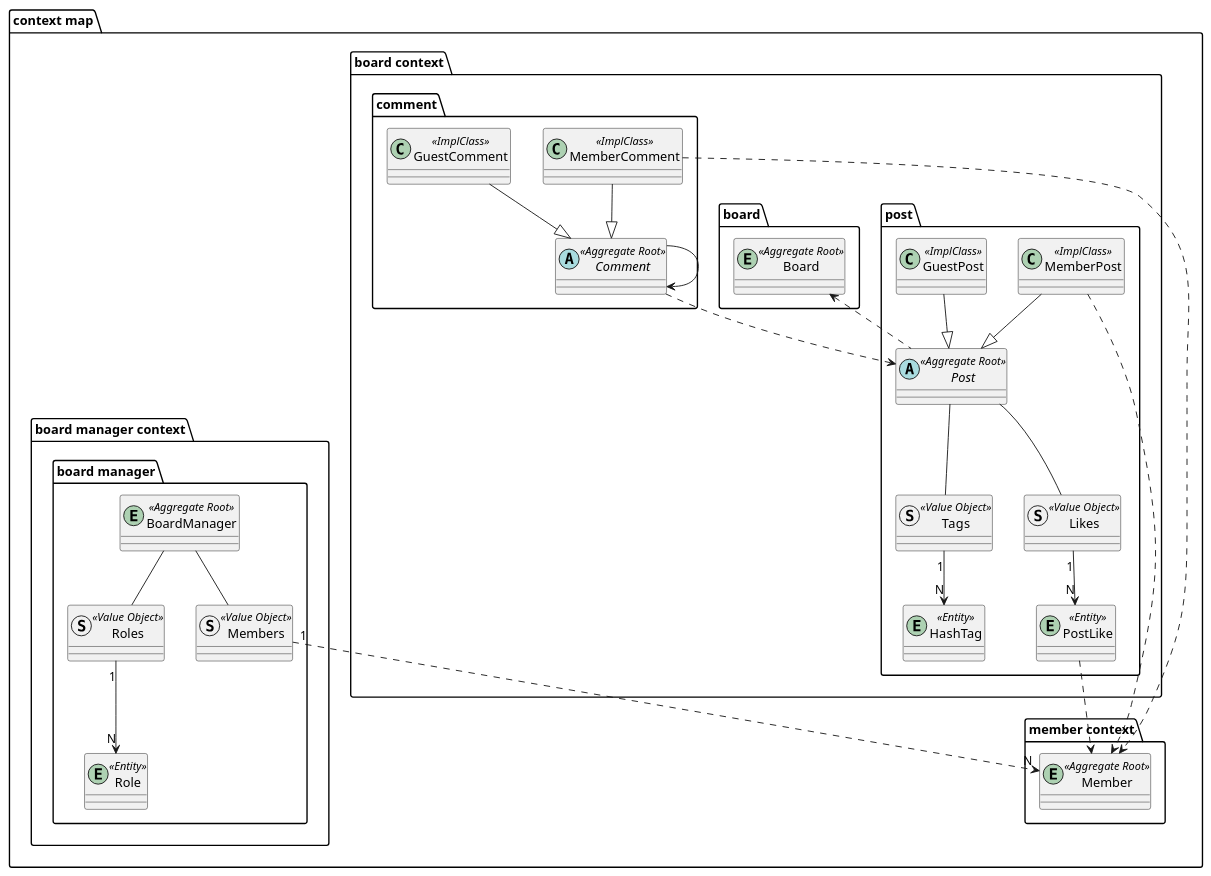
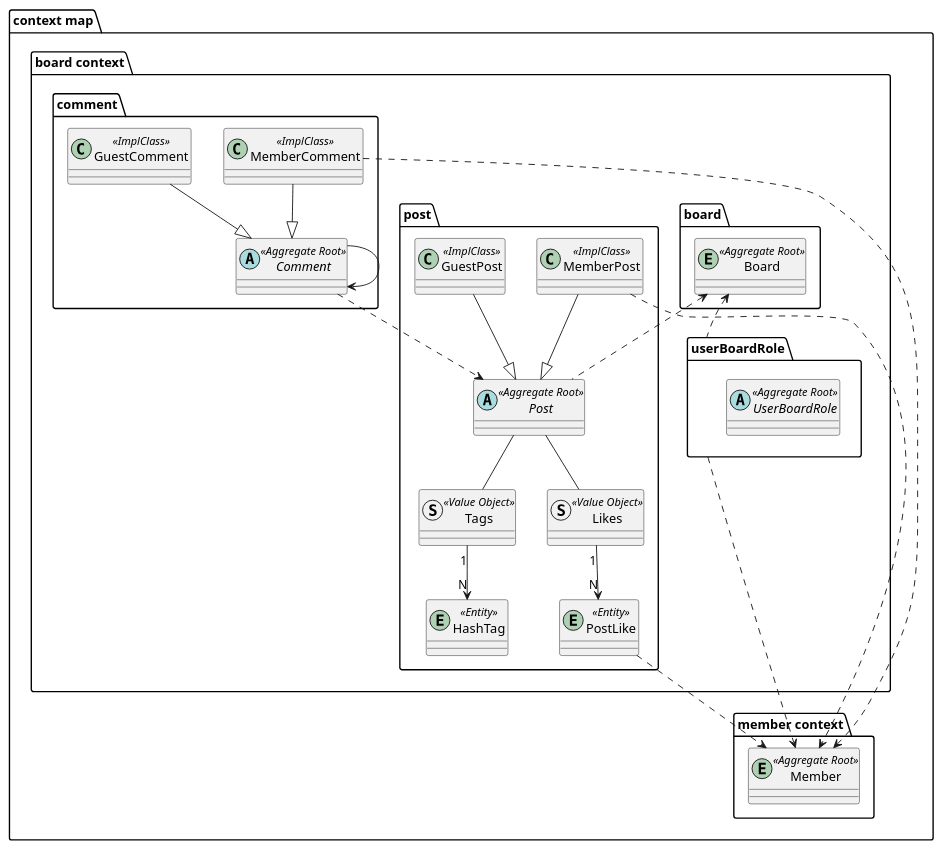
One commit to SimpleBoardTeam/simpleBoard-server changed the diagram in document/puml/boundedContextMap.puml. Above: the diagram before and after it, drawn with PlantUML.

Commit message:
docs: boardContextMap UML 다이어그램 UserBoardRole aggregate 반영

```diff
--- a/document/puml/boundedContextMap.puml
+++ b/document/puml/boundedContextMap.puml
@@ -1,80 +1,70 @@
 @startuml
 
 package "context map" {
     package "board context"{
         package "board"{
             entity Board <<Aggregate Root>>{
             }
         }
 
         package "post"{
             abstract Post <<Aggregate Root>>{
             }
             class GuestPost <<ImplClass>>{
             }
             class MemberPost <<ImplClass>>{
             }
             '해시태그
             entity HashTag <<Entity>>{
             }
             struct Tags <<Value Object>>{
             }
             Post -- Tags
             Tags "1" --> "N" HashTag
             '좋아요
             entity PostLike <<Entity>>{
             }
             struct Likes <<Value Object>>{
             }
             Post -- Likes
             Likes "1" --> "N" PostLike
         }
 
         package "comment"{
             abstract Comment <<Aggregate Root>>{
             }
             class GuestComment <<ImplClass>>{
             }
             class MemberComment <<ImplClass>>{
             }
         }
 
+        package "userBoardRole"{
+            abstract UserBoardRole <<Aggregate Root>>{
+            }
+        }
+
         GuestPost --|> Post
         MemberPost --|> Post
         GuestComment --|> Comment
         MemberComment --|> Comment
 
     }
 
     package "member context"{
         entity Member <<Aggregate Root>>{
         }
     }
 
-    package "board manager context"{
-        package "board manager"{
-            entity BoardManager <<Aggregate Root>>{
-            }
-            entity Role <<Entity>>{
-            }
-            struct Roles <<Value Object>>{
-            }
-            struct Members <<Value Object>>{
-            }
-        }
+    Board <.. userBoardRole
+    Board <.. Post
 
-        BoardManager -- Roles
-        BoardManager -- Members
-        Members "1" ..> "N" Member
-        Roles "1" --> "N" Role
-    }
-
-    Board <.. Post
+    userBoardRole ..> Member
     MemberPost ..> Member
     PostLike ..> Member
     MemberComment ..> Member
     Comment ..> Post
     Comment --> Comment
 
 }
 @enduml
```
